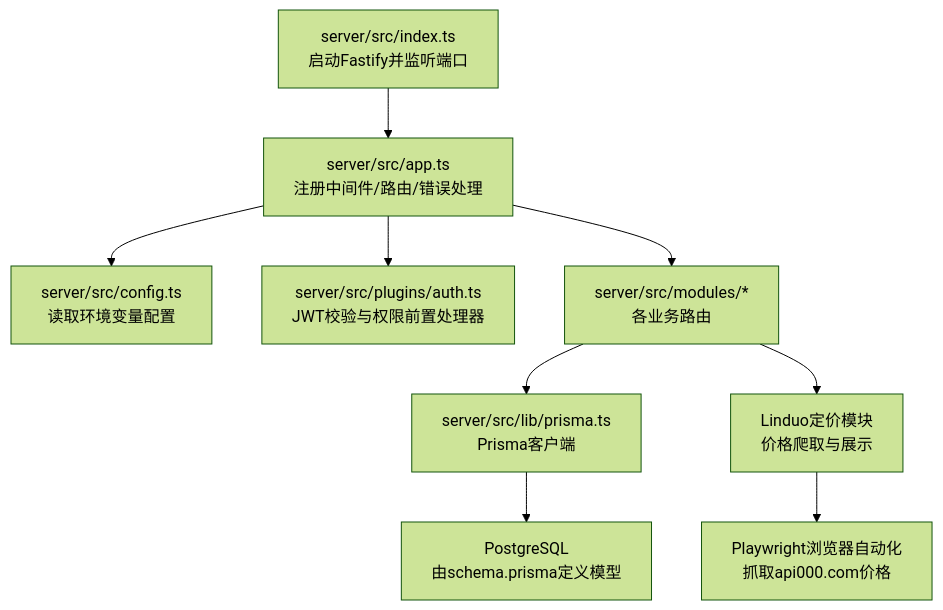
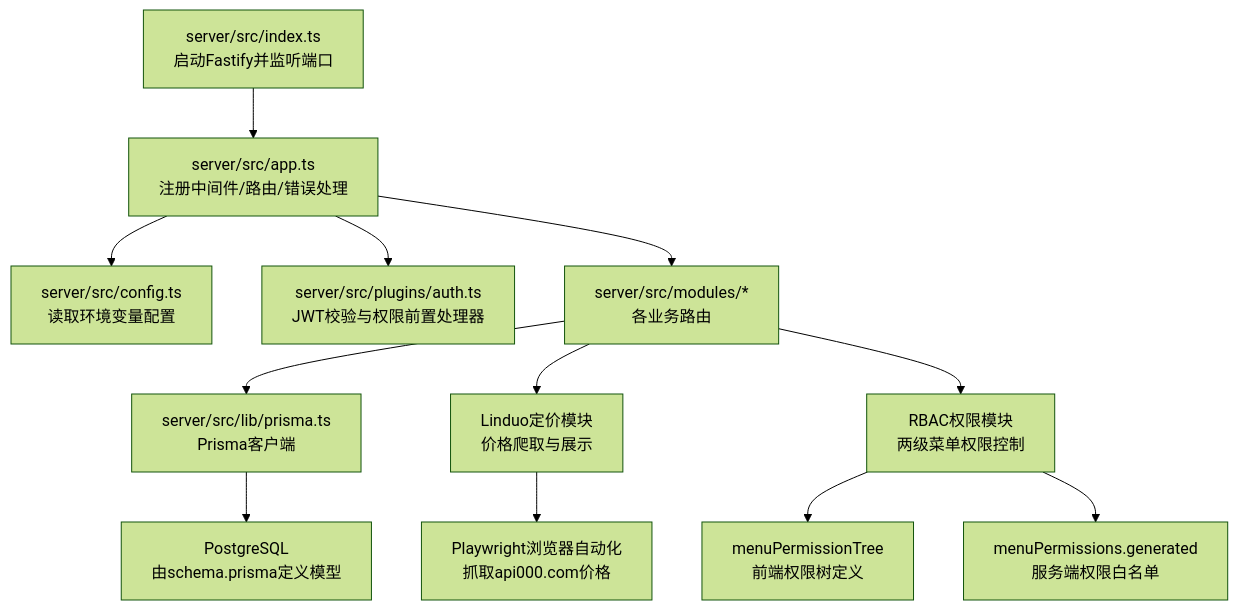
One commit to iljahofbauer219-lang/yandu changed the first of 9 diagrams in .qoder/repowiki/zh/content/核心服务/后端服务器基础设施.md. Above: the diagram before and after it, drawn with Mermaid (forest theme). The commit also changed other lines of this file and 22 other files, not shown here.

````diff
--- a/.qoder/repowiki/zh/content/核心服务/后端服务器基础设施.md
+++ b/.qoder/repowiki/zh/content/核心服务/后端服务器基础设施.md
@@ -58,11 +64,14 @@
 ```mermaid
 graph TB
 A["server/src/index.ts<br/>启动Fastify并监听端口"] --> B["server/src/app.ts<br/>注册中间件/路由/错误处理"]
 B --> C["server/src/config.ts<br/>读取环境变量配置"]
 B --> D["server/src/plugins/auth.ts<br/>JWT校验与权限前置处理器"]
 B --> E["server/src/modules/*<br/>各业务路由"]
 E --> F["server/src/lib/prisma.ts<br/>Prisma客户端"]
 F --> G["PostgreSQL<br/>由schema.prisma定义模型"]
 E --> H["Linduo定价模块<br/>价格爬取与展示"]
-H --> I["Playwright浏览器自动化<br/>抓取api000.com价格"]
+E --> I["RBAC权限模块<br/>两级菜单权限控制"]
+H --> J["Playwright浏览器自动化<br/>抓取api000.com价格"]
+I --> K["menuPermissionTree<br/>前端权限树定义"]
+I --> L["menuPermissions.generated<br/>服务端权限白名单"]
 ```
````
